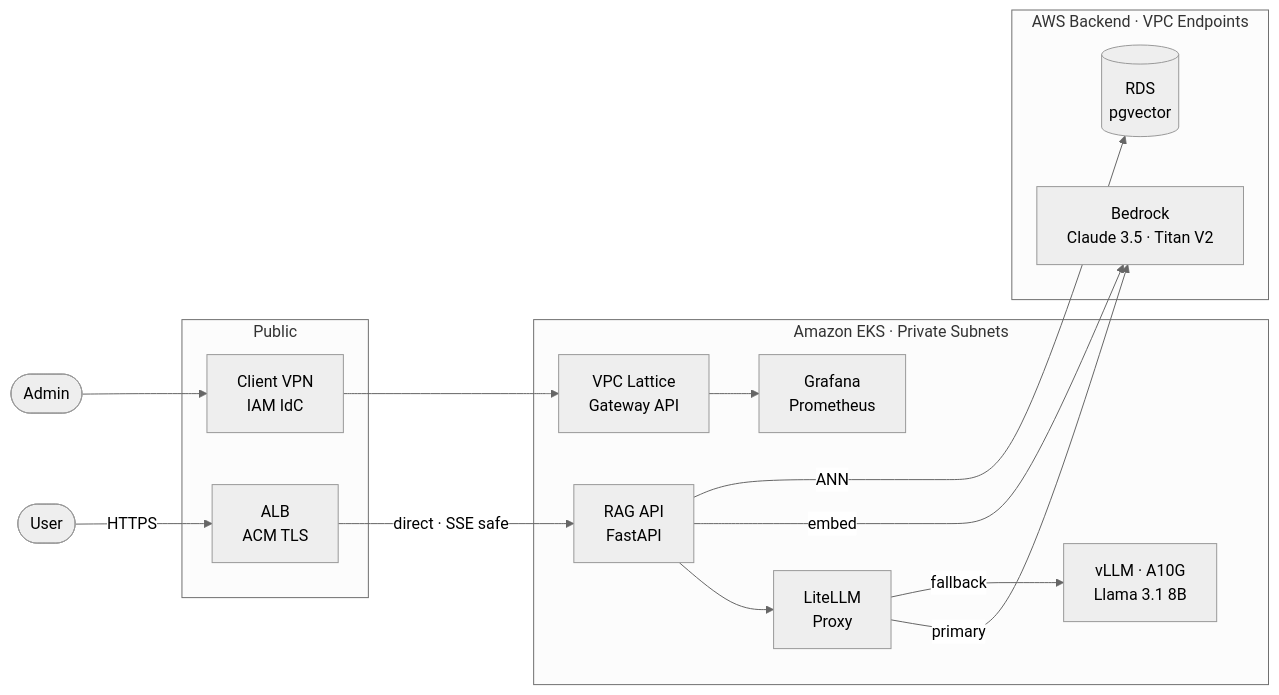
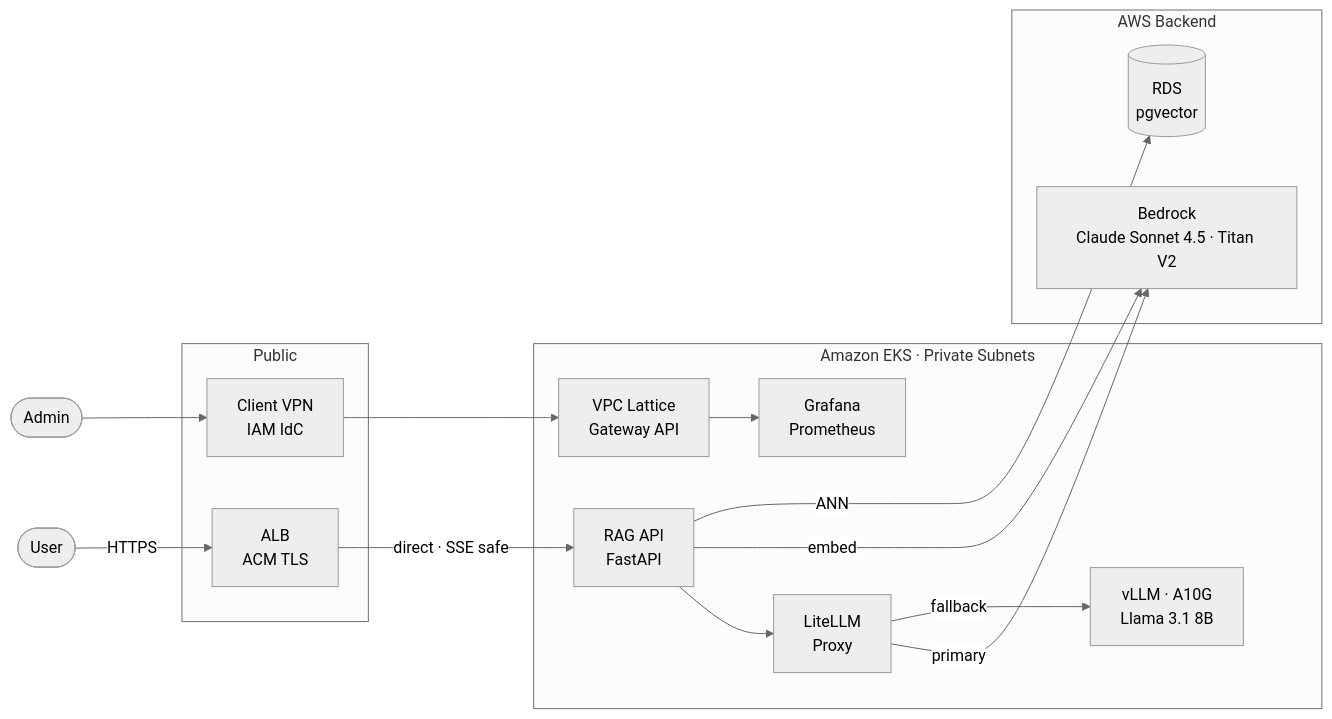
Before and after one commit to girishn/rag-platform-eks: the diagram in README.md, drawn with Mermaid (neutral theme). The commit also changed other lines of this file, not shown here.

````diff
--- a/README.md
+++ b/README.md
@@ -22,34 +22,34 @@
 ```mermaid
 flowchart LR
     User([User])
     Admin([Admin])
 
     subgraph pub["Public"]
         ALB[ALB\nACM TLS]
         VPN[Client VPN\nIAM IdC]
     end
 
     subgraph eks["Amazon EKS · Private Subnets"]
         Lattice[VPC Lattice\nGateway API]
         RAG[RAG API\nFastAPI]
         LiteLLM[LiteLLM\nProxy]
         vLLM[vLLM · A10G\nLlama 3.1 8B]
         Obs[Grafana\nPrometheus]
     end
 
-    subgraph aws["AWS Backend · VPC Endpoints"]
-        Bedrock[Bedrock\nClaude 3.5 · Titan V2]
+    subgraph aws["AWS Backend"]
+        Bedrock[Bedrock\nClaude Sonnet 4.5 · Titan V2]
         RDS[(RDS\npgvector)]
     end
 
     User -->|HTTPS| ALB
     Admin --> VPN
     ALB -->|direct · SSE safe| RAG
     VPN --> Lattice
     Lattice --> Obs
     RAG --> LiteLLM
     RAG -->|embed| Bedrock
     RAG -->|ANN| RDS
     LiteLLM -->|primary| Bedrock
     LiteLLM -->|fallback| vLLM
 ```
````
